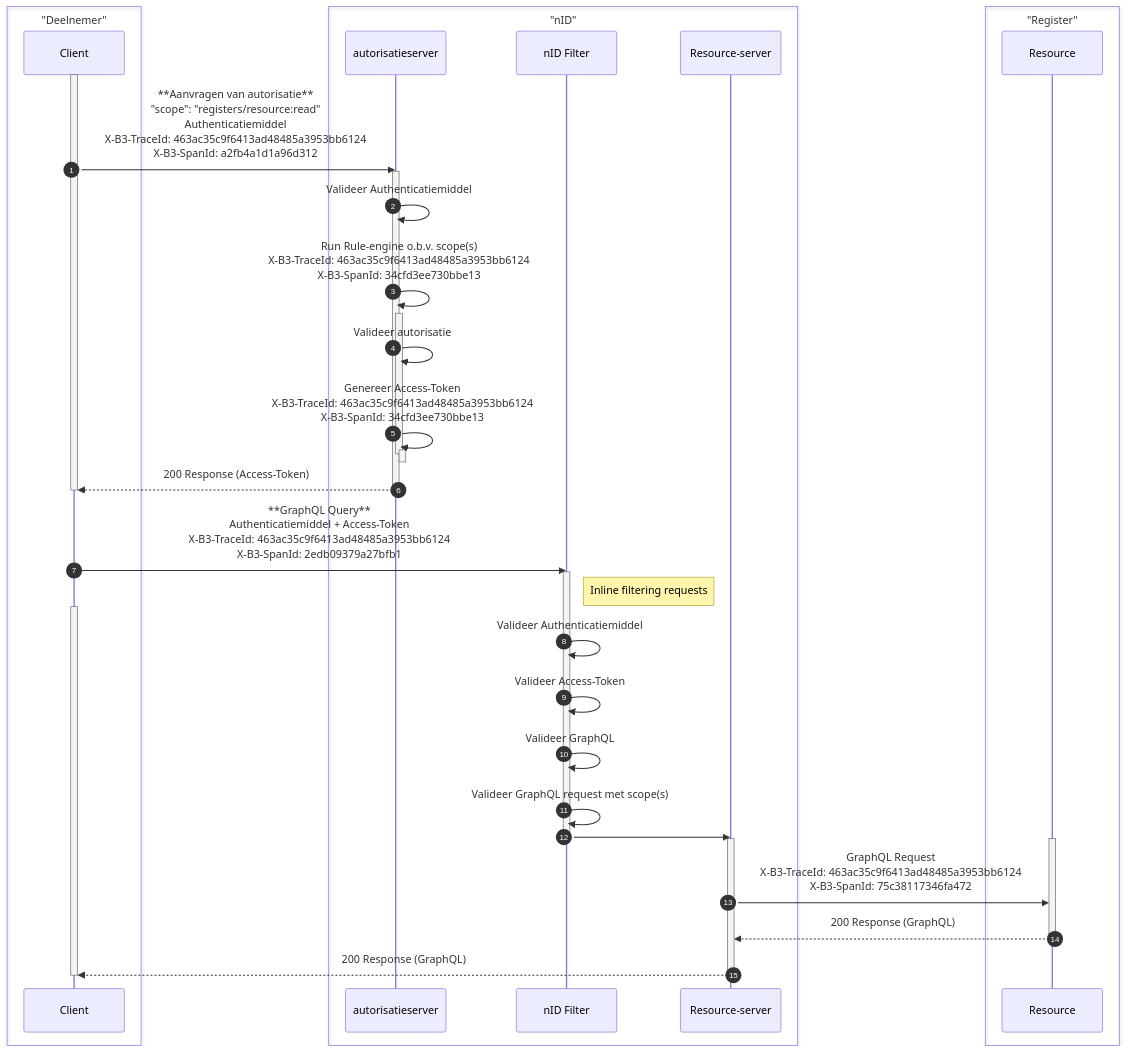
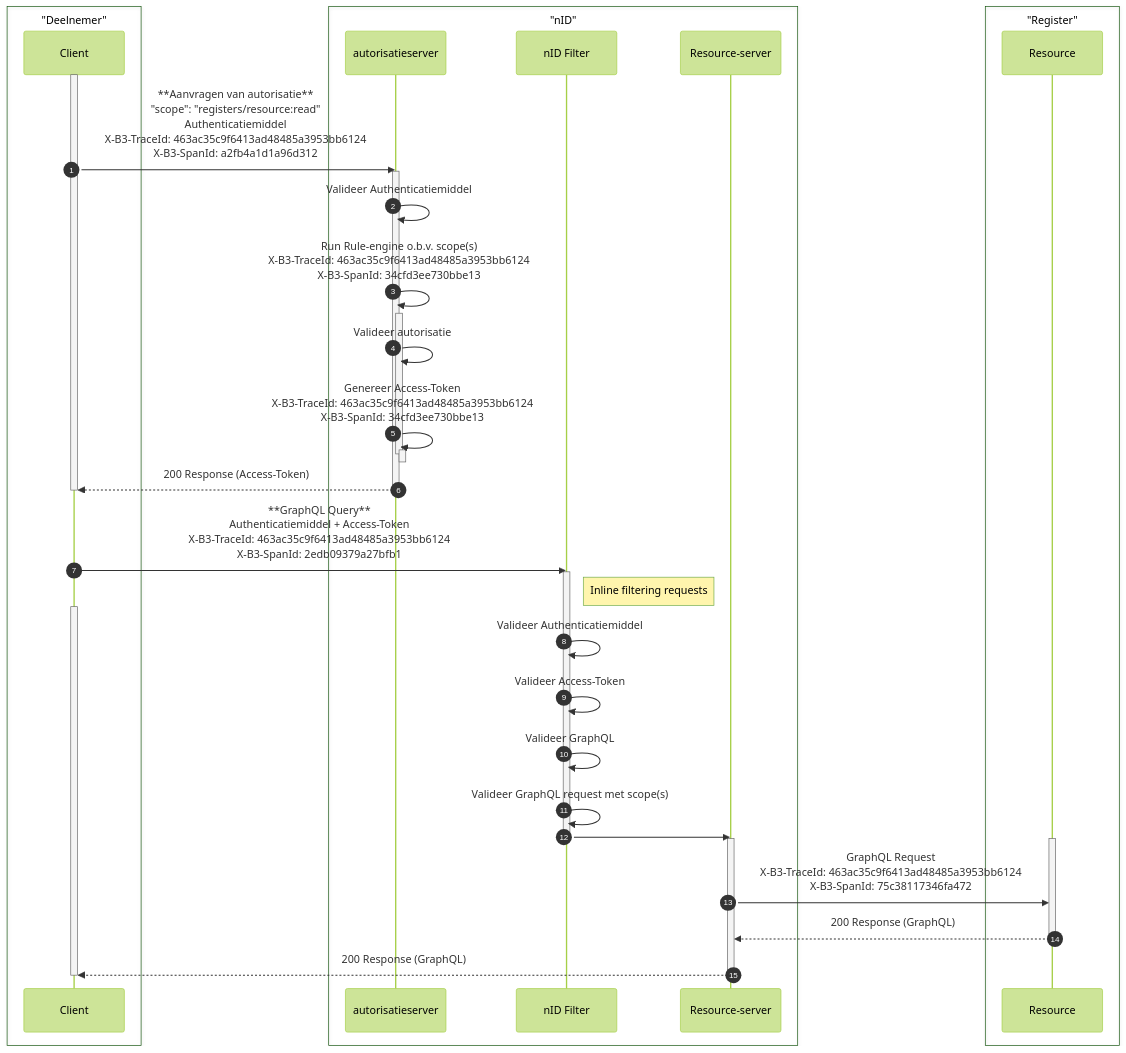
The diagram in docs/it-infrastructuur/logging.md (iStandaarden/Afsprakenstelsel-iWlz), drawn with Mermaid before and after one commit. The commit also changed other lines of this file and 10 other files, not shown here.

````diff
--- a/docs/it-infrastructuur/logging.md
+++ b/docs/it-infrastructuur/logging.md
@@ -82,59 +81,62 @@
 ```mermaid
-
+---
+config:
+  theme: forest
+---
 
 sequenceDiagram
     box "Deelnemer"
         participant Client as Client
     end
     box "nID"
         participant AuthzServer as autorisatieserver
         participant Filter as nID Filter
         participant nIDResourceServer as Resource-server
     end
     box "Register"
         participant BEMRegister as Resource
     end
 
     autonumber
 
     activate Client
     Client->>AuthzServer: **Aanvragen van autorisatie**<br/>"scope": "registers/resource:read"<br/>Authenticatiemiddel<br/>X-B3-TraceId: 463ac35c9f6413ad48485a3953bb6124<br/>X-B3-SpanId: a2fb4a1d1a96d312
 
     activate AuthzServer
     AuthzServer->>AuthzServer: Valideer Authenticatiemiddel
     AuthzServer->>AuthzServer: Run Rule-engine o.b.v. scope(s)<br/>X-B3-TraceId: 463ac35c9f6413ad48485a3953bb6124<br/>X-B3-SpanId: 34cfd3ee730bbe13
 
     activate AuthzServer
     AuthzServer->>AuthzServer: Valideer autorisatie
     AuthzServer->>AuthzServer: Genereer Access-Token<br/>X-B3-TraceId: 463ac35c9f6413ad48485a3953bb6124<br/>X-B3-SpanId: 34cfd3ee730bbe13
 
     activate AuthzServer
     deactivate AuthzServer
     deactivate AuthzServer
 
     AuthzServer-->>Client: 200 Response (Access-Token)
     deactivate AuthzServer
     deactivate Client
 
     Client->>Filter: **GraphQL Query**<br/>Authenticatiemiddel + Access-Token<br/>X-B3-TraceId: 463ac35c9f6413ad48485a3953bb6124<br/>X-B3-SpanId: 2edb09379a27bfb1
     activate Filter
     Note right of Filter: Inline filtering requests
     activate Client
 
     Filter->>Filter: Valideer Authenticatiemiddel
     Filter->>Filter: Valideer Access-Token
     Filter->>Filter: Valideer GraphQL
     Filter->>Filter: Valideer GraphQL request met scope(s)
     Filter->>nIDResourceServer: 
     deactivate Filter
 
     activate nIDResourceServer
     activate BEMRegister
     nIDResourceServer->>BEMRegister: GraphQL Request<br/>X-B3-TraceId: 463ac35c9f6413ad48485a3953bb6124<br/>X-B3-SpanId: 75c38117346fa472
     BEMRegister-->>nIDResourceServer: 200 Response (GraphQL)
     deactivate BEMRegister
 
     nIDResourceServer-->>Client: 200 Response (GraphQL)
     deactivate nIDResourceServer
     deactivate Client
 ```
````
